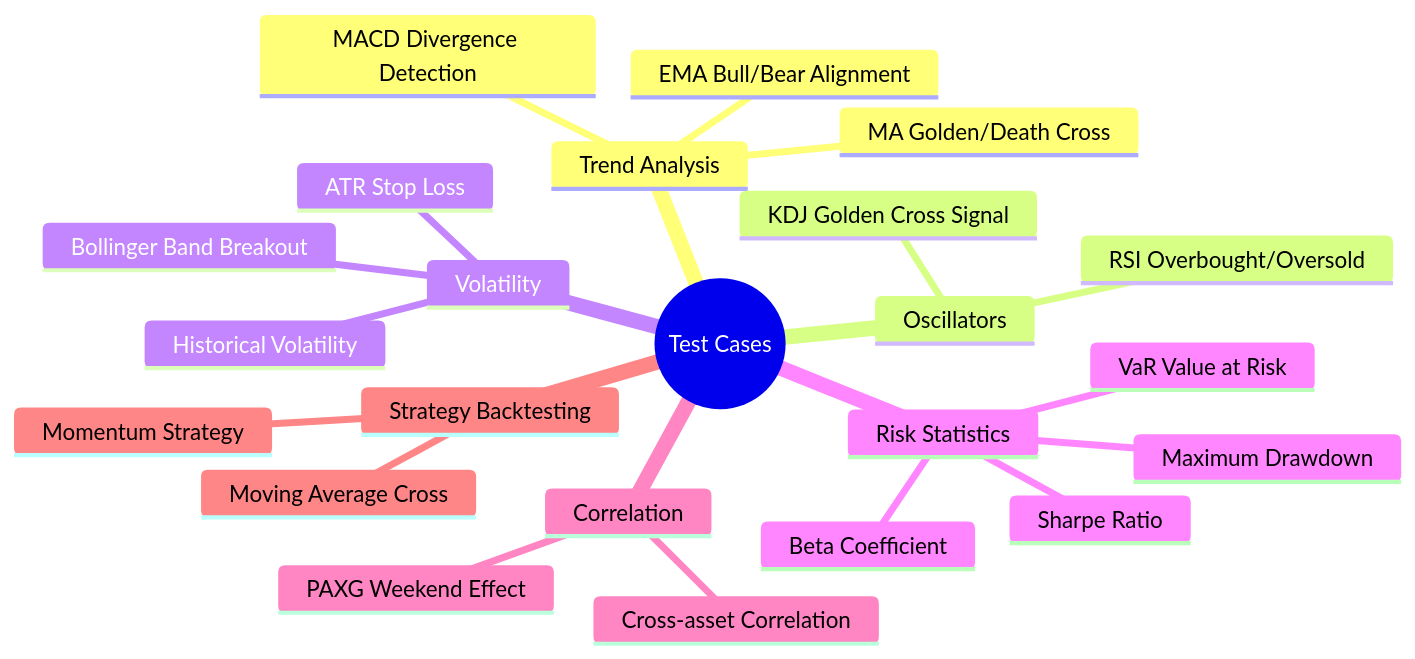
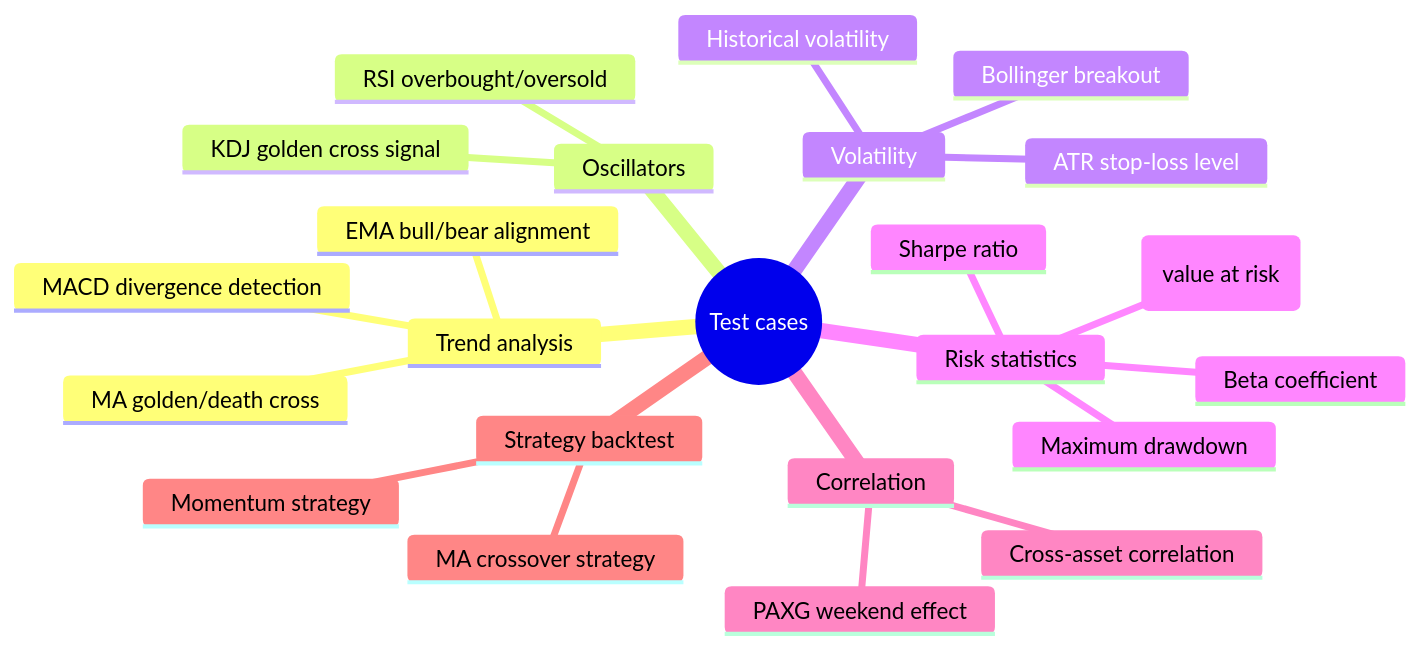
Before and after one commit to RESBI/StockStatistic: diagram 16 of 23 in DESIGN.md, drawn with Mermaid. The commit also changed other lines of this file and 12 other files, not shown here.

````diff
--- a/DESIGN.md
+++ b/DESIGN.md
@@ -1158,26 +1208,26 @@
 ```mermaid
 mindmap
-  root((Test Cases))
-    Trend Analysis
-      MA Golden/Death Cross
-      EMA Bull/Bear Alignment
-      MACD Divergence Detection
+  root((Test cases))
+    Trend analysis
+      MA golden/death cross
+      EMA bull/bear alignment
+      MACD divergence detection
     Oscillators
-      RSI Overbought/Oversold
-      KDJ Golden Cross Signal
+      RSI overbought/oversold
+      KDJ golden cross signal
     Volatility
-      Historical Volatility
-      ATR Stop Loss
-      Bollinger Band Breakout
-    Risk Statistics
-      Beta Coefficient
-      Maximum Drawdown
-      VaR Value at Risk
-      Sharpe Ratio
+      Historical volatility
+      ATR stop-loss level
+      Bollinger breakout
+    Risk statistics
+      Beta coefficient
+      Maximum drawdown
+      VaR (value at risk)
+      Sharpe ratio
     Correlation
-      Cross-asset Correlation
-      PAXG Weekend Effect
-    Strategy Backtesting
-      Moving Average Cross
-      Momentum Strategy
+      Cross-asset correlation
+      PAXG weekend effect
+    Strategy backtest
+      MA crossover strategy
+      Momentum strategy
 ```
````
